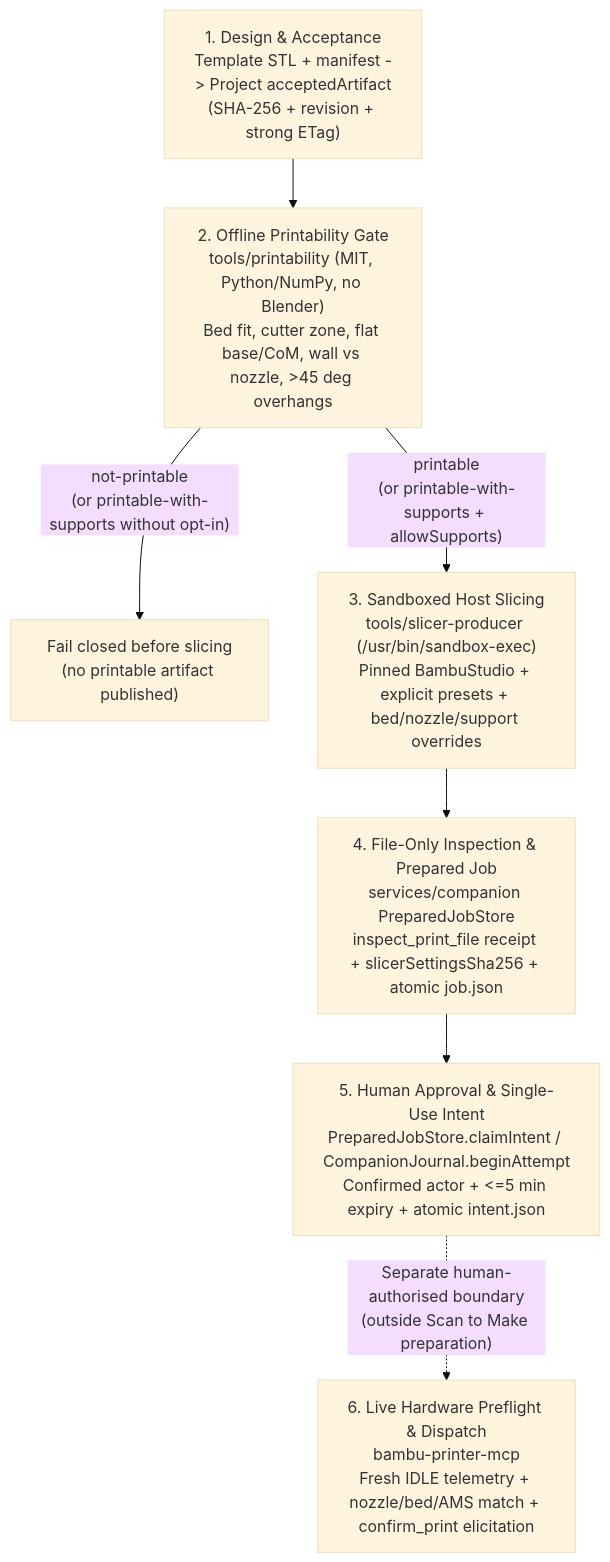
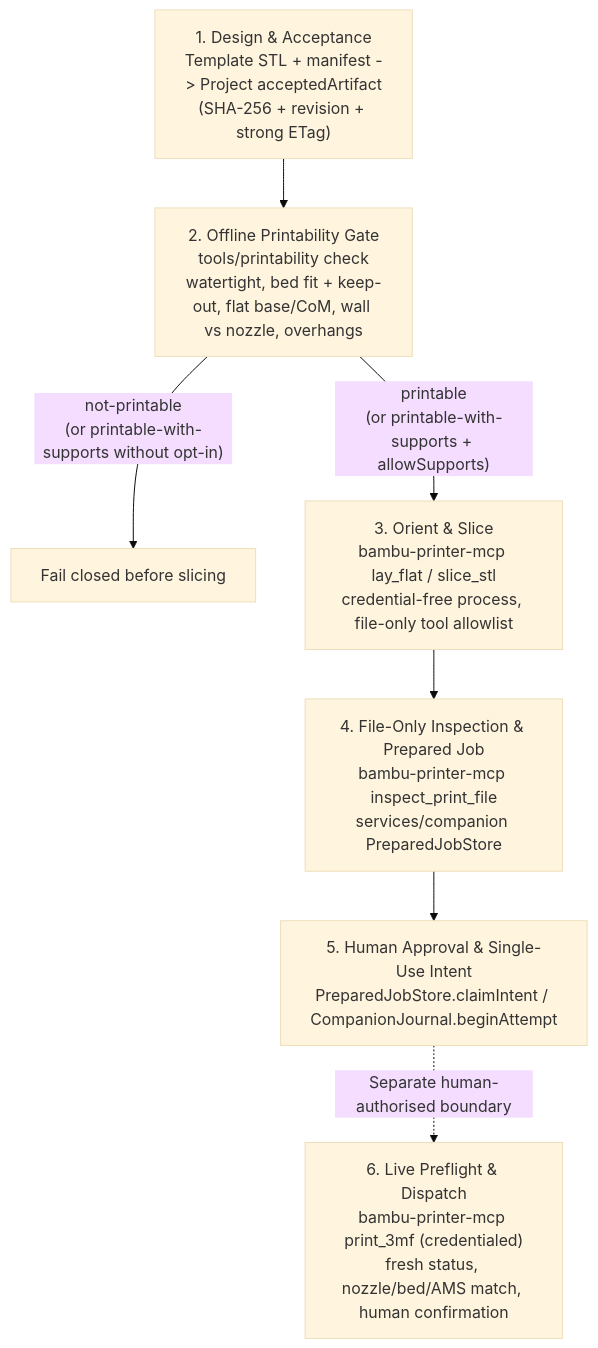
Before and after one commit to DMontgomery40/scan-to-make: the diagram in docs/print-path.md, drawn with Mermaid (base theme). The commit also changed other lines of this file and 5 other files, not shown here.

First line of the commit message:
Route slicing through bambu-printer-mcp and add the read-it-first rule

````diff
--- a/docs/print-path.md
+++ b/docs/print-path.md
@@ -11,9 +13,9 @@
 ```mermaid
 flowchart TD
-  A["1. Design & Acceptance\nTemplate STL + manifest -> Project acceptedArtifact\n(SHA-256 + revision + strong ETag)"] --> B["2. Offline Printability Gate\ntools/printability (MIT, Python/NumPy, no Blender)\nBed fit, cutter zone, flat base/CoM, wall vs nozzle, >45 deg overhangs"]
-  B -- "not-printable\n(or printable-with-supports without opt-in)" --> X["Fail closed before slicing\n(no printable artifact published)"]
-  B -- "printable\n(or printable-with-supports + allowSupports)" --> C["3. Sandboxed Host Slicing\ntools/slicer-producer (/usr/bin/sandbox-exec)\nPinned BambuStudio + explicit presets + bed/nozzle/support overrides"]
-  C --> D["4. File-Only Inspection & Prepared Job\nservices/companion PreparedJobStore\ninspect_print_file receipt + slicerSettingsSha256 + atomic job.json"]
-  D --> E["5. Human Approval & Single-Use Intent\nPreparedJobStore.claimIntent / CompanionJournal.beginAttempt\nConfirmed actor + <=5 min expiry + atomic intent.json"]
-  E -. "Separate human-authorised boundary\n(outside Scan to Make preparation)" .-> F["6. Live Hardware Preflight & Dispatch\nbambu-printer-mcp\nFresh IDLE telemetry + nozzle/bed/AMS match + confirm_print elicitation"]
+  A["1. Design & Acceptance\nTemplate STL + manifest -> Project acceptedArtifact\n(SHA-256 + revision + strong ETag)"] --> B["2. Offline Printability Gate\ntools/printability check\nwatertight, bed fit + keep-out, flat base/CoM, wall vs nozzle, overhangs"]
+  B -- "not-printable\n(or printable-with-supports without opt-in)" --> X["Fail closed before slicing"]
+  B -- "printable\n(or printable-with-supports + allowSupports)" --> C["3. Orient & Slice\nbambu-printer-mcp lay_flat / slice_stl\ncredential-free process, file-only tool allowlist"]
+  C --> D["4. File-Only Inspection & Prepared Job\nbambu-printer-mcp inspect_print_file\nservices/companion PreparedJobStore"]
+  D --> E["5. Human Approval & Single-Use Intent\nPreparedJobStore.claimIntent / CompanionJournal.beginAttempt"]
+  E -. "Separate human-authorised boundary" .-> F["6. Live Preflight & Dispatch\nbambu-printer-mcp print_3mf (credentialed)\nfresh status, nozzle/bed/AMS match, human confirmation"]
 ```
````
